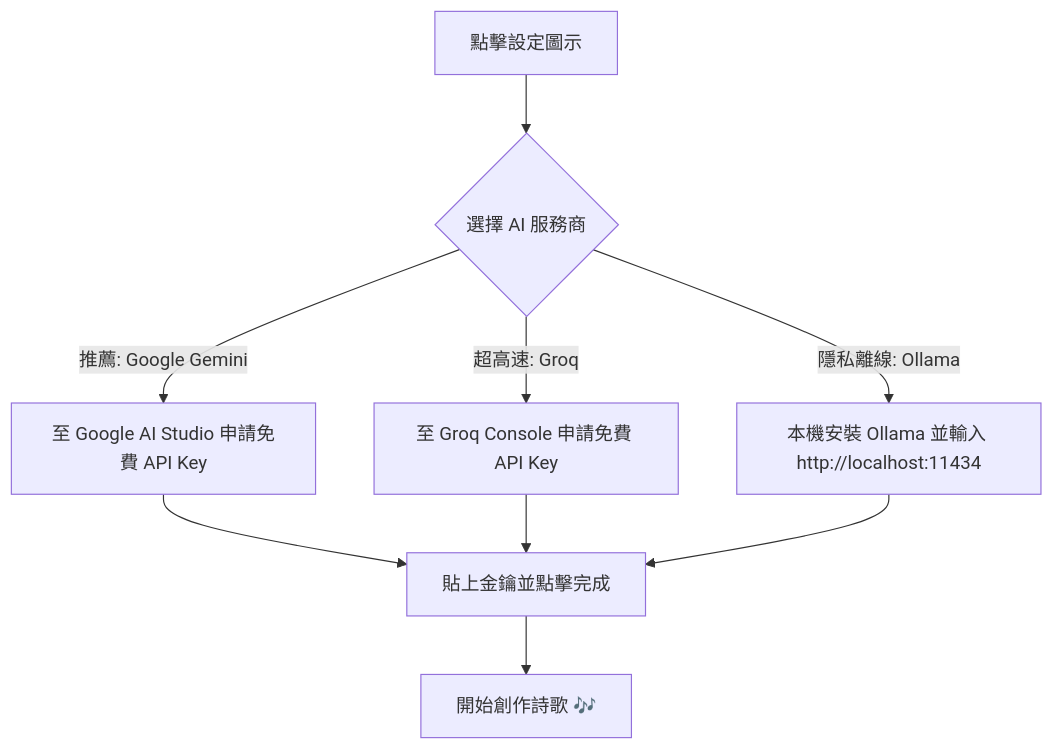
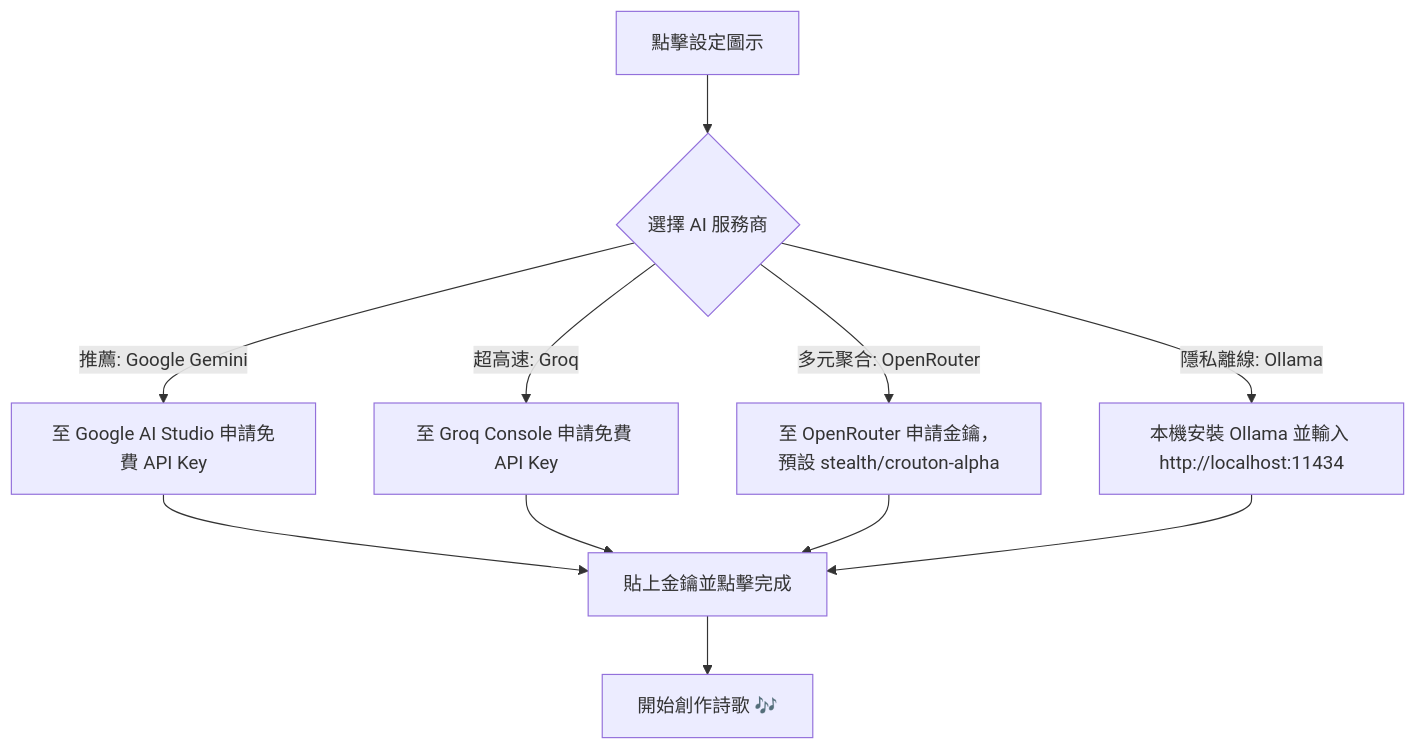
Before and after one commit to akworkshop/Cantonese-Lyric-Studio: the second of 2 diagrams in README.md, drawn with Mermaid. The commit also changed other lines of this file and 4 other files, not shown here.

Commit message:
feat(ai): integrate OpenRouter with default stealth/crouton-alpha model and cloud sync

````diff
--- a/README.md
+++ b/README.md
@@ -108,11 +109,13 @@
 ```mermaid
 graph TD
     A[點擊設定圖示] --> B{選擇 AI 服務商}
     B -->|推薦: Google Gemini| C[至 Google AI Studio 申請免費 API Key]
     B -->|超高速: Groq| D[至 Groq Console 申請免費 API Key]
+    B -->|多元聚合: OpenRouter| H[至 OpenRouter 申請金鑰，預設 stealth/crouton-alpha]
     B -->|隱私離線: Ollama| E[本機安裝 Ollama 並輸入 http://localhost:11434]
     C --> F[貼上金鑰並點擊完成]
     D --> F
+    H --> F
     E --> F
     F --> G[開始創作詩歌 🎶]
 ```
````
